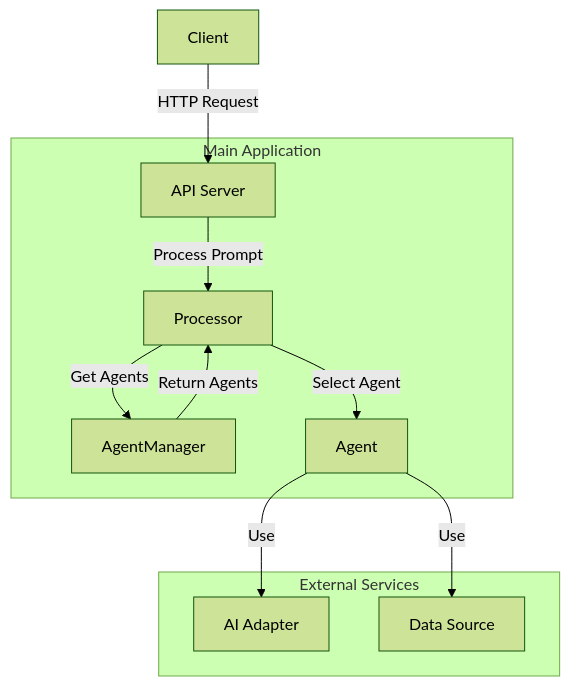
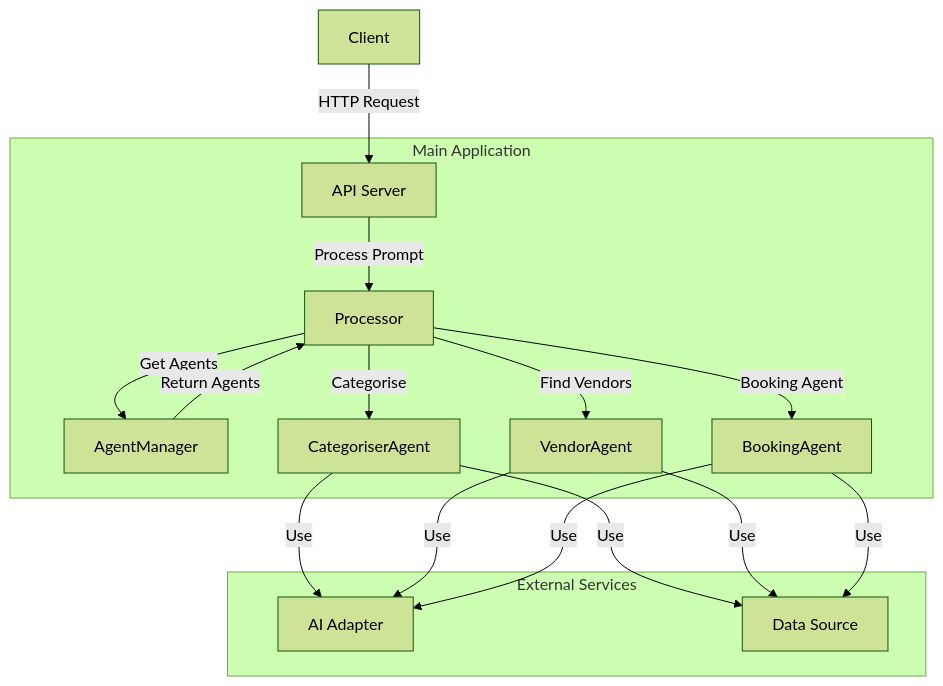
Before and after one commit to jamesmagoo/big-john: the diagram in big-john-architecture.mermaid, drawn with Mermaid (forest theme).

Commit message:
update diagram to multi-agent

```diff
--- a/big-john-architecture.mermaid
+++ b/big-john-architecture.mermaid
@@ -1,20 +1,28 @@
 graph TD
     A[Client] -->|HTTP Request| B[API Server]
     B -->|Process Prompt| C[Processor]
     C -->|Get Agents| D[AgentManager]
     D -->|Return Agents| C
-    C -->|Select Agent| E[Agent]
-    E -->|Use| F[AI Adapter]
-    E -->|Use| G[Data Source]
+    C -->|Categorise| E1[CategoriserAgent]
+    C -->|Find Vendors| E2[VendorAgent]
+    C -->|Booking Agent| E3[BookingAgent]
+    E1 -->|Use| F[AI Adapter]
+    E2 -->|Use| F
+    E3 -->|Use| F
+    E1 -->|Use| G[Data Source]
+    E2 -->|Use| G
+    E3 -->|Use| G
 
     subgraph "Main Application"
         B
         C
         D
-        E
+        E1
+        E2
+        E3
     end
 
     subgraph "External Services"
         F
         G
     end
```
